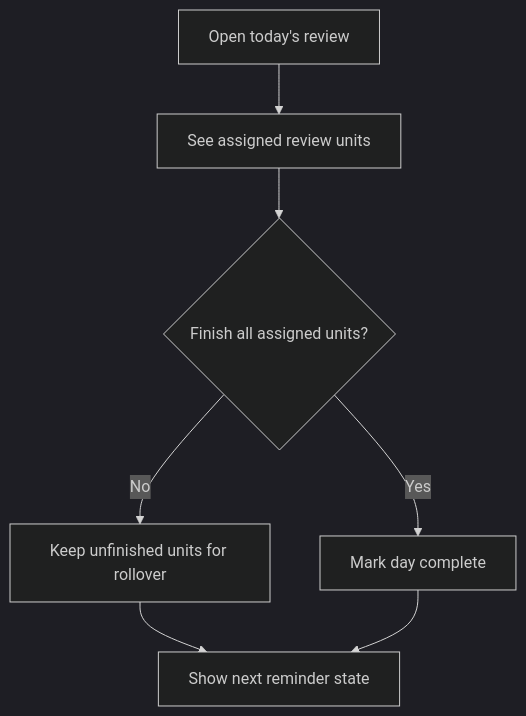
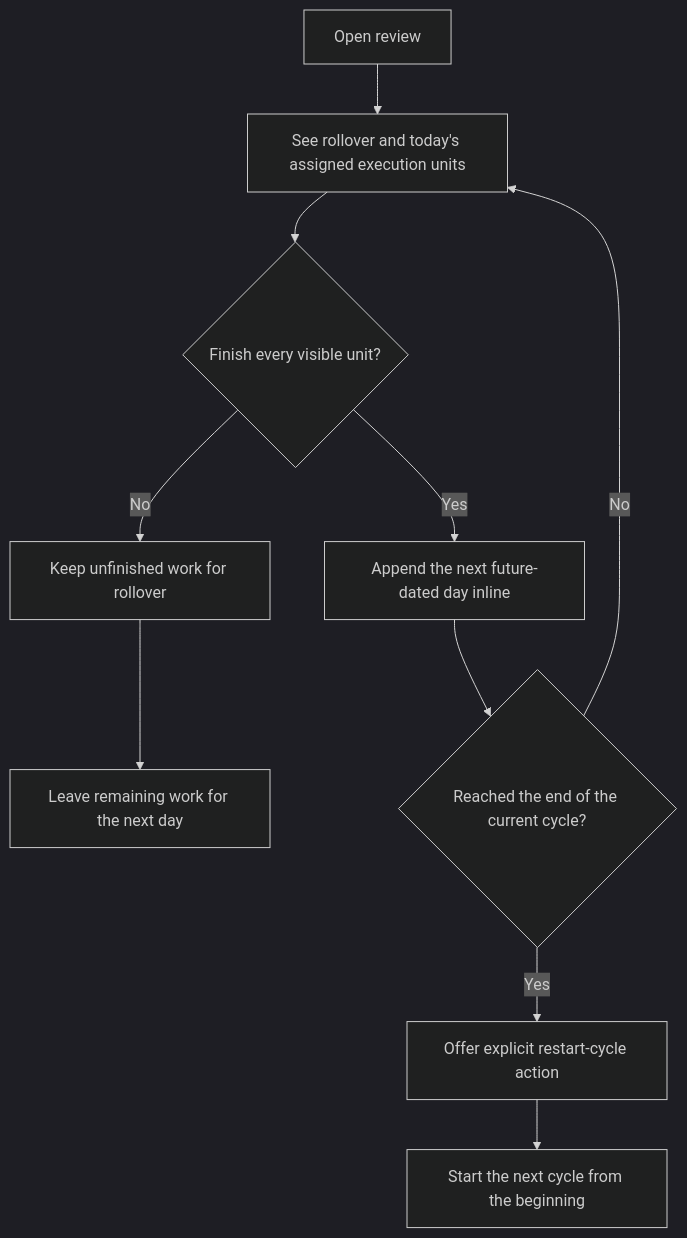
The diagram in docs/user-flows/daily-ward-and-review.md (mahdihijazi/tathbeet), drawn with Mermaid (dark theme) before and after one commit. The commit also changed other lines of this file and 6 other files, not shown here.

First line of the commit message:
Update flow diagrams and README

````diff
--- a/docs/user-flows/daily-ward-and-review.md
+++ b/docs/user-flows/daily-ward-and-review.md
@@ -3,9 +3,12 @@
 ```mermaid
 flowchart TD
-    A["Open today's review"] --> B["See assigned review units"]
-    B --> C{"Finish all assigned units?"}
-    C -- "No" --> D["Keep unfinished units for rollover"]
-    C -- "Yes" --> E["Mark day complete"]
-    D --> F["Show next reminder state"]
-    E --> F["Show next reminder state"]
+    A["Open review"] --> B["See rollover and today's assigned execution units"]
+    B --> C{"Finish every visible unit?"}
+    C -- "No" --> D["Keep unfinished work for rollover"]
+    C -- "Yes" --> E["Append the next future-dated day inline"]
+    E --> F{"Reached the end of the current cycle?"}
+    F -- "No" --> B
+    F -- "Yes" --> G["Offer explicit restart-cycle action"]
+    G --> H["Start the next cycle from the beginning"]
+    D --> I["Leave remaining work for the next day"]
 ```
````
